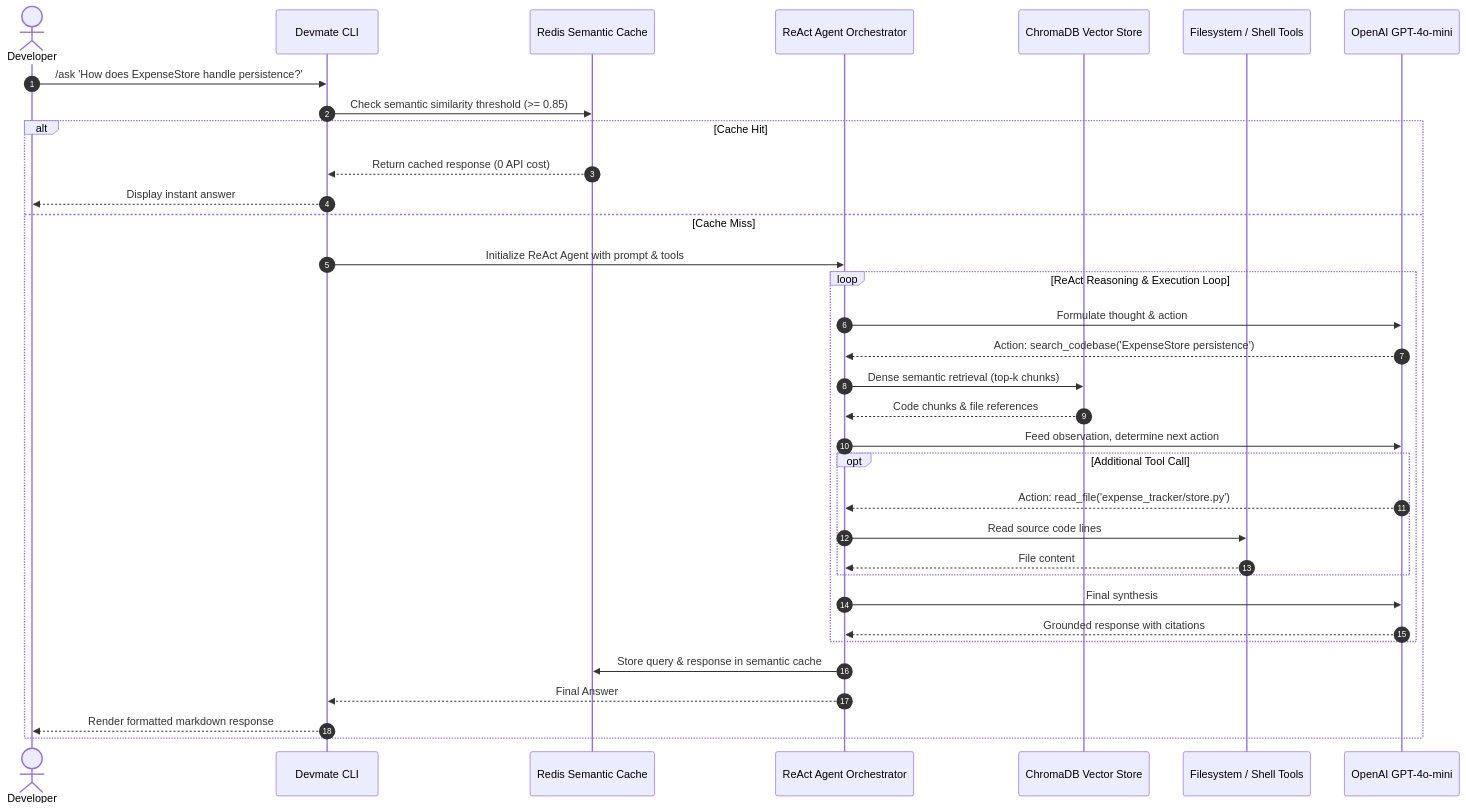
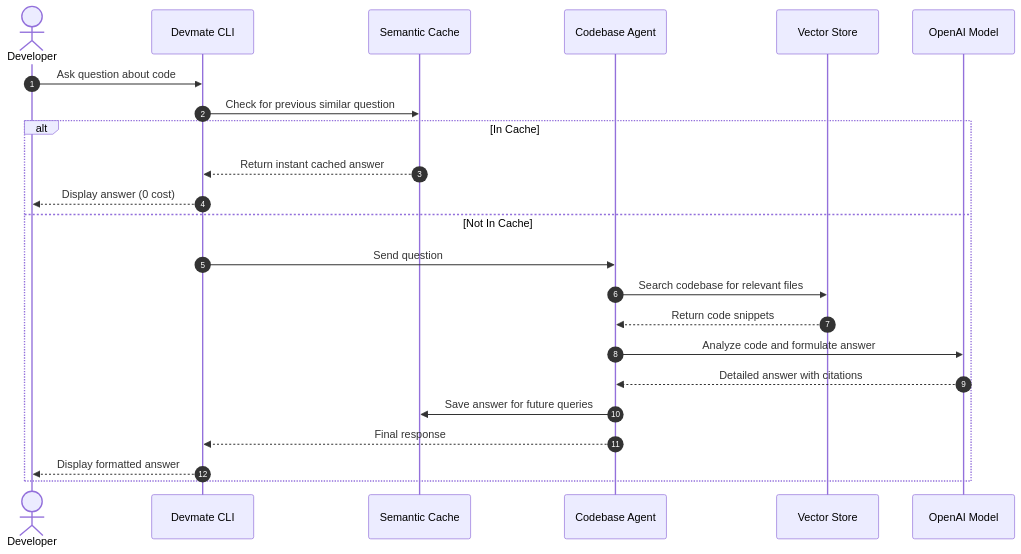
Before and after one commit to SudeepKagi/devmate: the second of 5 diagrams in README.md, drawn with Mermaid. The commit also changed other lines of this file, not shown here.

Commit message:
Simplify Mermaid diagrams and remove emojis for clean GitHub rendering

````diff
--- a/README.md
+++ b/README.md
@@ -91,37 +67,26 @@
 ```mermaid
 sequenceDiagram
     autonumber
     actor User as Developer
     participant CLI as Devmate CLI
-    participant Cache as Redis Semantic Cache
-    participant Agent as ReAct Agent Orchestrator
-    participant Retriever as ChromaDB Vector Store
-    participant Tools as Filesystem / Shell Tools
-    participant LLM as OpenAI GPT-4o-mini
+    participant Cache as Semantic Cache
+    participant Agent as Codebase Agent
+    participant Index as Vector Store
+    participant LLM as OpenAI Model
 
-    User->>CLI: /ask 'How does ExpenseStore handle persistence?'
-    CLI->>Cache: Check semantic similarity threshold (>= 0.85)
-    alt Cache Hit
-        Cache-->>CLI: Return cached response (0 API cost)
-        CLI-->>User: Display instant answer
-    else Cache Miss
-        CLI->>Agent: Initialize ReAct Agent with prompt & tools
-        loop ReAct Reasoning & Execution Loop
-            Agent->>LLM: Formulate thought & action
-            LLM-->>Agent: Action: search_codebase('ExpenseStore persistence')
-            Agent->>Retriever: Dense semantic retrieval (top-k chunks)
-            Retriever-->>Agent: Code chunks & file references
-            Agent->>LLM: Feed observation, determine next action
-            opt Additional Tool Call
-                LLM-->>Agent: Action: read_file('expense_tracker/store.py')
-                Agent->>Tools: Read source code lines
-                Tools-->>Agent: File content
-            end
-            Agent->>LLM: Final synthesis
-            LLM-->>Agent: Grounded response with citations
-        end
-        Agent->>Cache: Store query & response in semantic cache
-        Agent-->>CLI: Final Answer
-        CLI-->>User: Render formatted markdown response
+    User->>CLI: Ask question about code
+    CLI->>Cache: Check for previous similar question
+    alt In Cache
+        Cache-->>CLI: Return instant cached answer
+        CLI-->>User: Display answer (0 cost)
+    else Not In Cache
+        CLI->>Agent: Send question
+        Agent->>Index: Search codebase for relevant files
+        Index-->>Agent: Return code snippets
+        Agent->>LLM: Analyze code and formulate answer
+        LLM-->>Agent: Detailed answer with citations
+        Agent->>Cache: Save answer for future queries
+        Agent-->>CLI: Final response
+        CLI-->>User: Display formatted answer
     end
 ```
````
